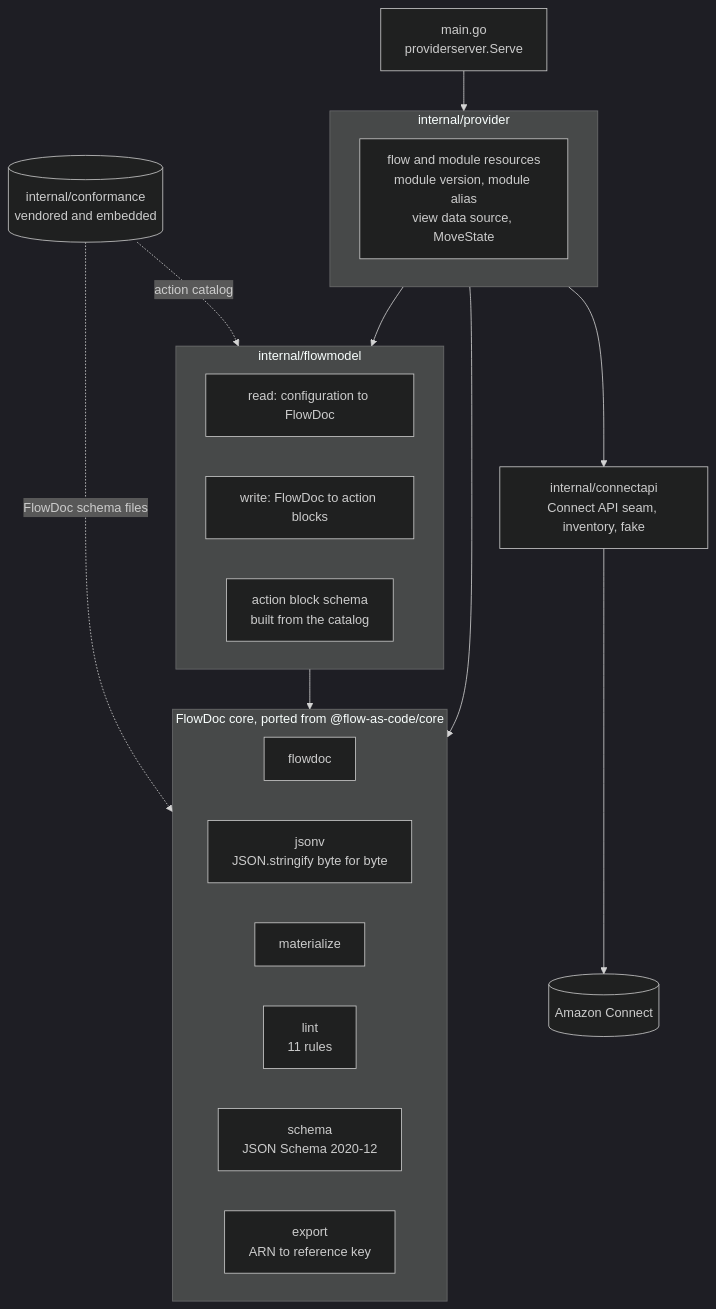
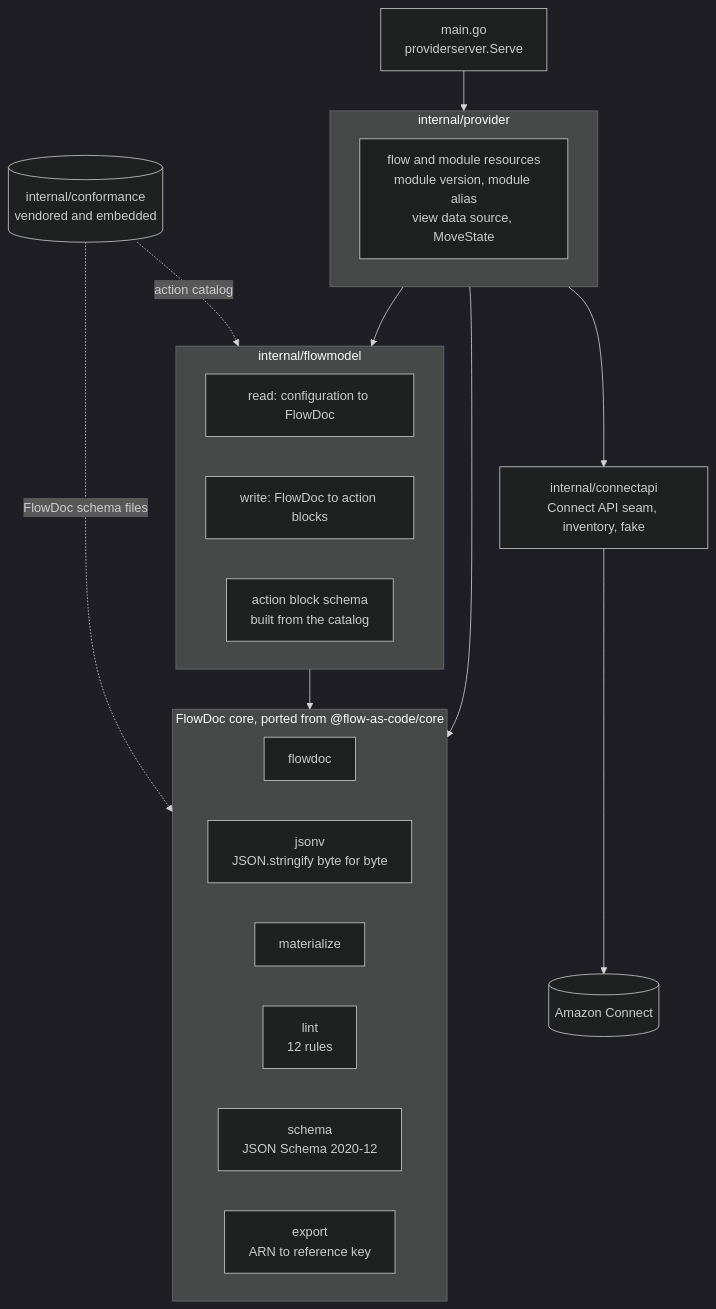
The first of 2 diagrams in ARCHITECTURE.md (flow-as-code/terraform-provider-flowascode), drawn with Mermaid (dark theme) before and after one commit. The commit also changed 19 other files, not shown here.

````diff
--- a/ARCHITECTURE.md
+++ b/ARCHITECTURE.md
@@ -10,36 +10,36 @@
 ```mermaid
 flowchart TB
   main["main.go<br/>providerserver.Serve"]
 
   subgraph provider["internal/provider"]
     resources["flow and module resources<br/>module version, module alias<br/>view data source, MoveState"]
   end
 
   subgraph model["internal/flowmodel"]
     reader["read: configuration to FlowDoc"]
     writer["write: FlowDoc to action blocks"]
     blocks["action block schema<br/>built from the catalog"]
   end
 
   subgraph core["FlowDoc core, ported from @flow-as-code/core"]
     flowdoc["flowdoc"]
     jsonv["jsonv<br/>JSON.stringify byte for byte"]
     materialize["materialize"]
-    lint["lint<br/>11 rules"]
+    lint["lint<br/>12 rules"]
     schema["schema<br/>JSON Schema 2020-12"]
     export["export<br/>ARN to reference key"]
   end
 
   connectapi["internal/connectapi<br/>Connect API seam, inventory, fake"]
   conformance[("internal/conformance<br/>vendored and embedded")]
   connect[("Amazon Connect")]
 
   main --> provider
   provider --> model
   provider --> core
   provider --> connectapi
   model --> core
   connectapi --> connect
   conformance -. "action catalog" .-> model
   conformance -. "FlowDoc schema files" .-> core
 ```
````
